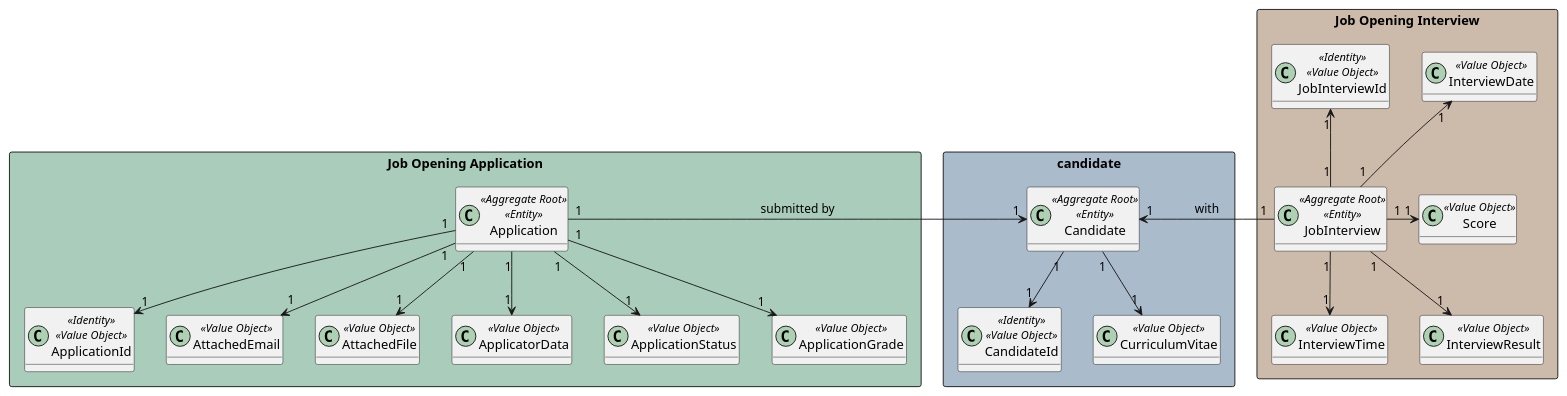
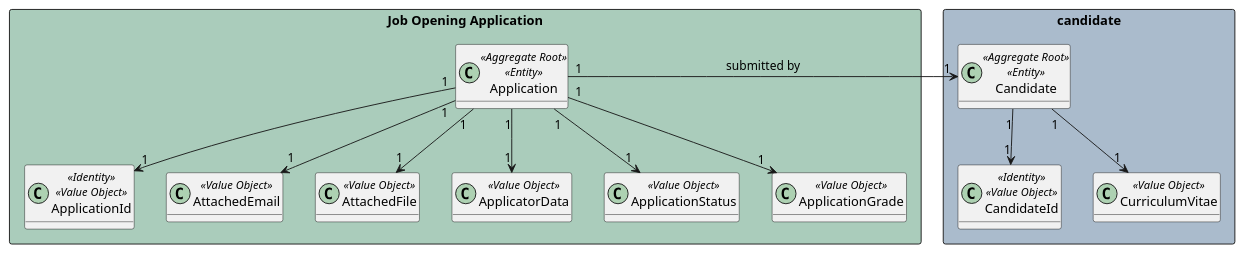
The diagram in docs/sprintC/1015/puml/1015-domain-model.puml (marcoferreira37/Lapr4), drawn with PlantUML before and after one commit.

Commit message:
#40 [1015] - domain model

```diff
--- a/docs/sprintC/1015/puml/1015-domain-model.puml
+++ b/docs/sprintC/1015/puml/1015-domain-model.puml
@@ -1,62 +1,41 @@
 @startuml
 'https://plantuml.com/class-diagram
 
 hide methods
 
 
 rectangle "Job Opening Application" #aaccbb {
     class Application<<Aggregate Root>><<Entity>>{}
     class ApplicationId<<Identity>><<Value Object>>{}
     class AttachedEmail<<Value Object>>{}
     class AttachedFile<<Value Object>>{}
     class ApplicatorData<<Value Object>>{}
     class ApplicationStatus<<Value Object>>{}
     class ApplicationGrade<<Value Object>>{}
 }
 
 
 rectangle candidate #aabbcc{
     class Candidate<<Aggregate Root>><<Entity>>{}
     class CandidateId<<Identity>><<Value Object>>{}
     class CurriculumVitae<<Value Object>>{}
 }
 
-
-
-
-
-  rectangle "Job Opening Interview" #ccbbaa {
-      class JobInterview <<Aggregate Root>><<Entity>>{}
-      class JobInterviewId<<Identity>><<Value Object>>{}
-      class InterviewDate<<Value Object>>{}
-      class InterviewTime<<Value Object>>{}
-      class Score<<Value Object>>{}
-      class InterviewResult<<Value Object>>{}
-  }
-
-
-
-
-
 Candidate "1"--> "1" CandidateId
 Candidate "1"--> "1" CurriculumVitae
 
 
 Application "1" --> "1" ApplicationId
 Application "1" --> "1" AttachedEmail
 Application "1" --> "1" AttachedFile
 Application "1" --> "1" ApplicatorData
 Application "1" -> "1" Candidate : submitted by
 Application "1" --> "1" ApplicationStatus
 Application "1" --> "1" ApplicationGrade
 
-JobInterview "1" -up-> "1" JobInterviewId
-JobInterview "1" -up-> "1" InterviewDate
-JobInterview "1" --> "1" InterviewTime
-JobInterview "1" -> "1" Score
-JobInterview "1" --> "1" InterviewResult
 
-JobInterview "1" -> "1" Candidate : with
+
+
 
 
 @enduml
```
